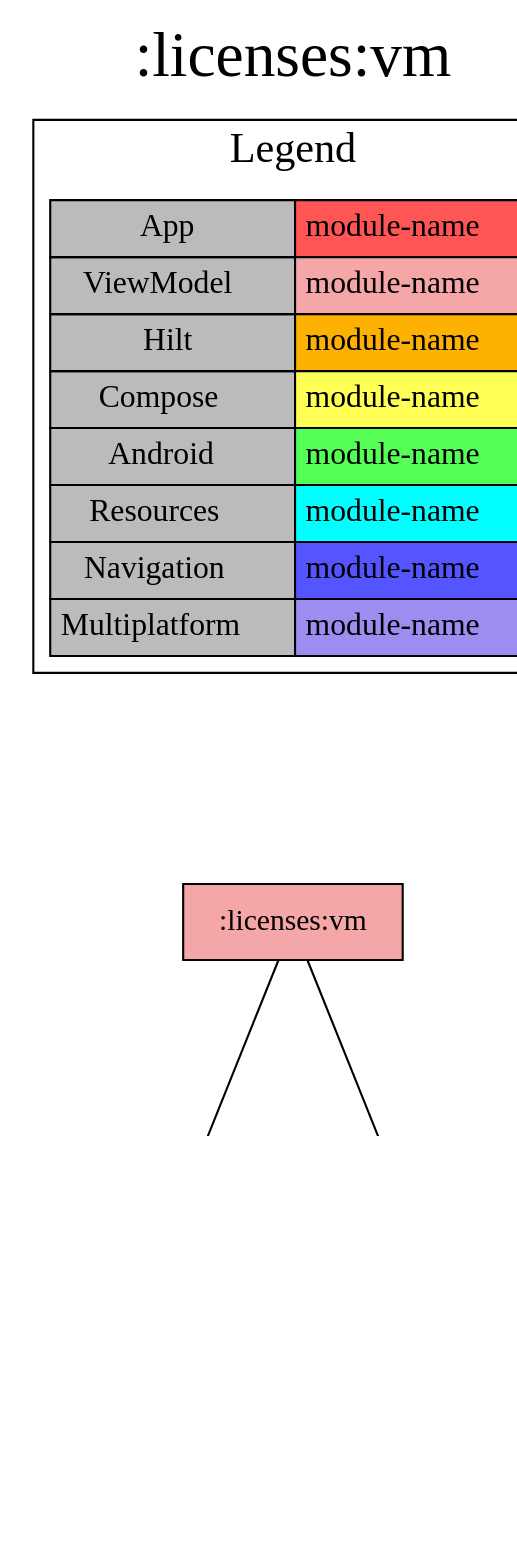
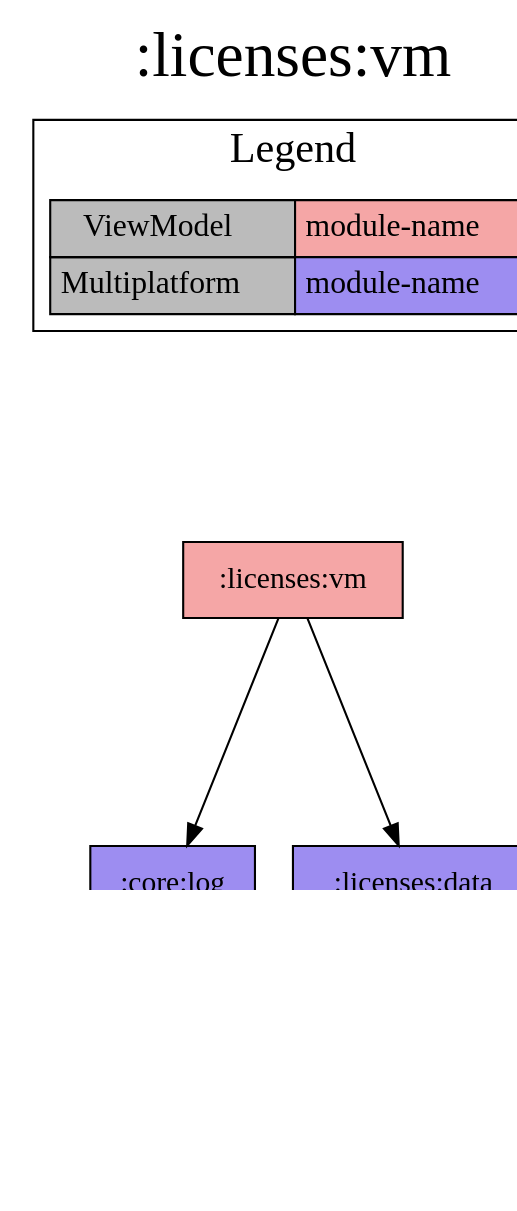
The diagram in modules/licenses/vm/project-dependency-graph.dot (jonapoul/aktual), drawn with Graphviz before and after one commit. The commit also changed 97 other files, not shown here.

```diff
--- a/modules/licenses/vm/project-dependency-graph.dot
+++ b/modules/licenses/vm/project-dependency-graph.dot
@@ -1,32 +1,26 @@
 digraph {
 edge ["dir"="forward"]
 graph ["dpi"="100","label"=":licenses:vm","labelloc"="t","fontsize"="30","ranksep"="1.5","rankdir"="TB"]
 node ["style"="filled"]
-":licenses:vm" ["fillcolor"="#F5A6A6","shape"="box"]
+":core:coroutines" ["fillcolor"="#9D8DF1","shape"="box"]
 ":core:log" ["fillcolor"="#9D8DF1","shape"="box"]
 ":licenses:data" ["fillcolor"="#9D8DF1","shape"="box"]
-":core:coroutines" ["fillcolor"="#9D8DF1","shape"="box"]
+":licenses:vm" ["fillcolor"="#F5A6A6","shape"="box"]
 {
 edge ["dir"="none"]
 graph ["rank"="same"]
 }
+":licenses:data" -> ":core:coroutines" ["style"="dotted"]
 ":licenses:vm" -> ":core:log"
 ":licenses:vm" -> ":licenses:data"
-":licenses:data" -> ":core:coroutines" ["style"="dotted"]
 subgraph "cluster_legend" {
 edge ["dir"="none"]
 graph ["label"="Legend","fontsize"="20"]
 "Legend" ["style"="filled","fillcolor"="#bbbbbb","shape"="none","margin"="0","fontsize"="15","label"=<
 <TABLE BORDER="0" CELLBORDER="1" CELLSPACING="0" CELLPADDING="4">
-<TR><TD>App</TD><TD BGCOLOR="#FF5555">module-name</TD></TR>
 <TR><TD>ViewModel</TD><TD BGCOLOR="#F5A6A6">module-name</TD></TR>
-<TR><TD>Hilt</TD><TD BGCOLOR="#FCB103">module-name</TD></TR>
-<TR><TD>Compose</TD><TD BGCOLOR="#FFFF55">module-name</TD></TR>
-<TR><TD>Android</TD><TD BGCOLOR="#55FF55">module-name</TD></TR>
-<TR><TD>Resources</TD><TD BGCOLOR="#00FFFF">module-name</TD></TR>
-<TR><TD>Navigation</TD><TD BGCOLOR="#5555FF">module-name</TD></TR>
 <TR><TD>Multiplatform</TD><TD BGCOLOR="#9D8DF1">module-name</TD></TR>
 </TABLE>
 >]
 } -> ":licenses:vm" ["style"="invis"]
 }
```
